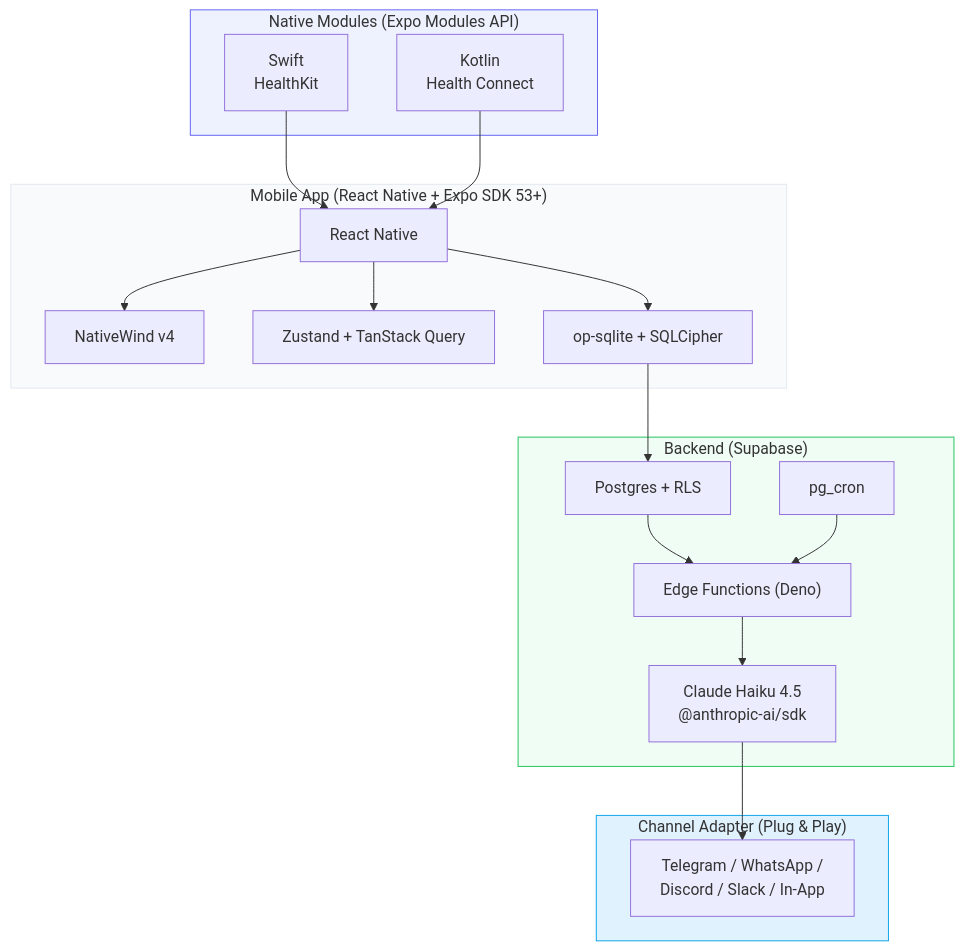
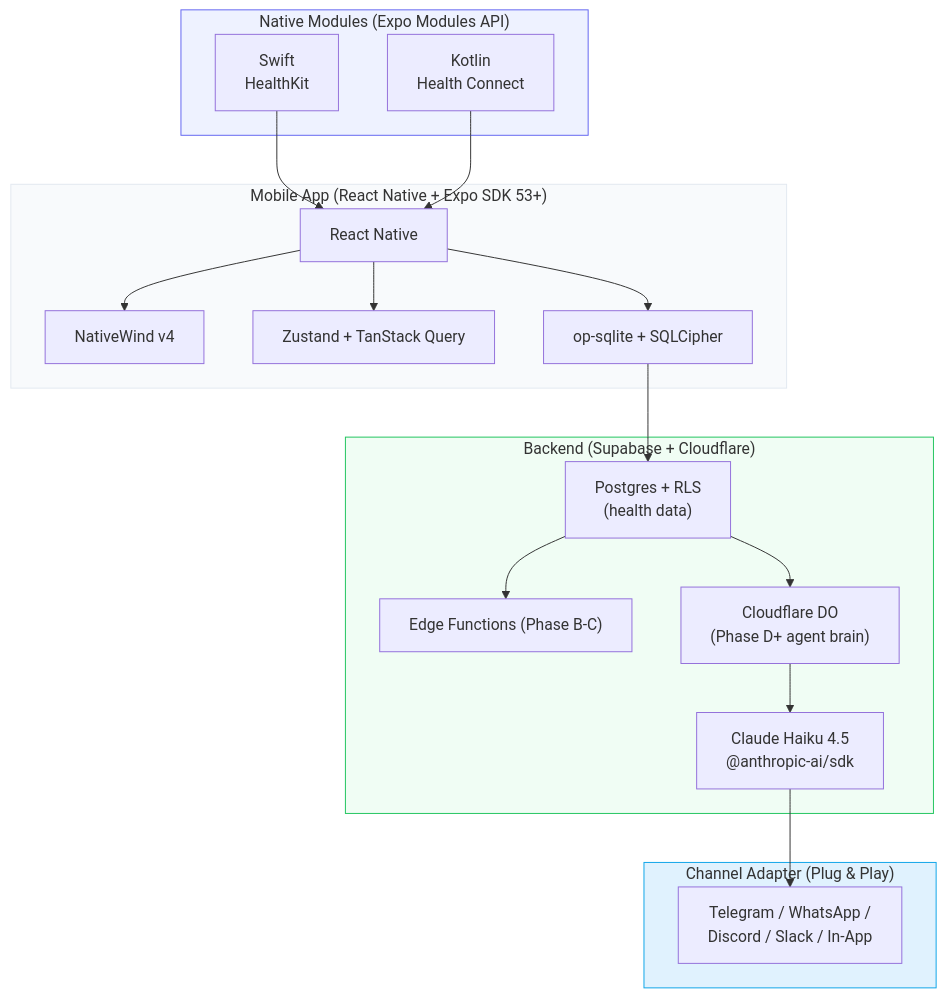
Before and after one commit to Pin4sf/Waldo: the third of 6 diagrams in docs-site/README.md, drawn with Mermaid. The commit also changed other lines of this file and 1924 other files, not shown here.

First line of the commit message:
docs: Session 4 — Claude Code reverse engineering + 2026 agent landscape + architecture upgrades

````diff
--- a/docs-site/README.md
+++ b/docs-site/README.md
@@ -61,30 +65,30 @@
 ```mermaid
 graph TB
     subgraph Mobile["Mobile App (React Native + Expo SDK 53+)"]
         RN["React Native"] --> NW["NativeWind v4"]
         RN --> ZU["Zustand + TanStack Query"]
         RN --> DB["op-sqlite + SQLCipher"]
     end
 
     subgraph Native["Native Modules (Expo Modules API)"]
         SW["Swift<br/>HealthKit"] --> RN
         KT["Kotlin<br/>Health Connect"] --> RN
     end
 
-    subgraph Backend["Backend (Supabase)"]
-        PG["Postgres + RLS"] --> EF["Edge Functions (Deno)"]
-        CR["pg_cron"] --> EF
-        EF --> CL["Claude Haiku 4.5<br/>@anthropic-ai/sdk"]
+    subgraph Backend["Backend (Supabase + Cloudflare)"]
+        PG["Postgres + RLS<br/>(health data)"] --> EF["Edge Functions (Phase B-C)"]
+        PG --> CF["Cloudflare DO<br/>(Phase D+ agent brain)"]
+        CF --> CL["Claude Haiku 4.5<br/>@anthropic-ai/sdk"]
     end
 
     subgraph Messaging["Channel Adapter (Plug & Play)"]
         CL --> TG["Telegram / WhatsApp /<br/>Discord / Slack / In-App"]
     end
 
     DB --> PG
 
     style Mobile fill:#f8fafc,stroke:#e2e8f0
     style Native fill:#eef2ff,stroke:#6366f1
     style Backend fill:#f0fdf4,stroke:#22c55e
     style Messaging fill:#e0f2fe,stroke:#0ea5e9
 ```
````
